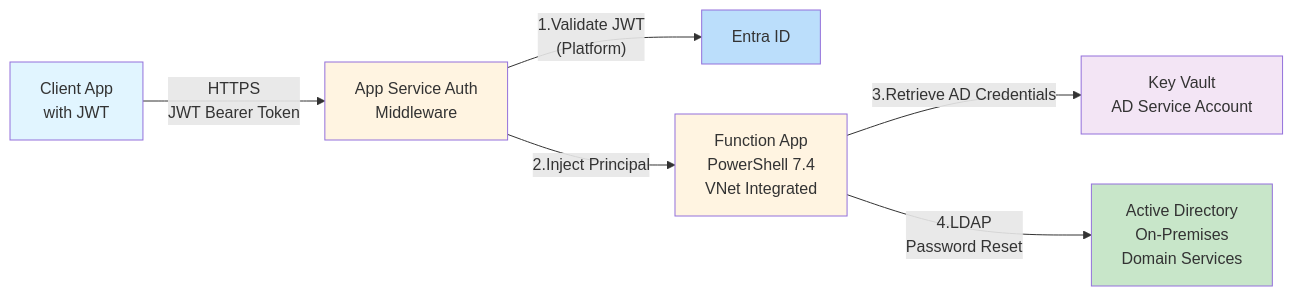
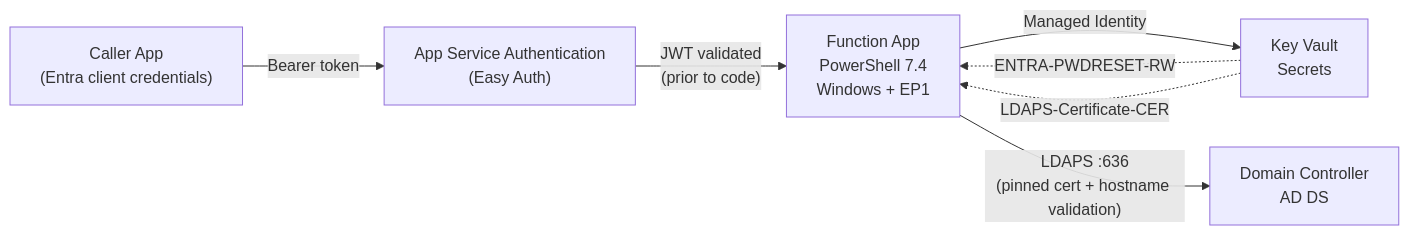
The diagram in project-functionapp-roles/README.md (broberts23/vsCode), drawn with Mermaid before and after one commit. The commit also changed other lines of this file and 1 other file, not shown here.

Commit message:
Refactor README.md for clarity and update architecture details; remove outdated test results file

````diff
--- a/project-functionapp-roles/README.md
+++ b/project-functionapp-roles/README.md
@@ -7,15 +9,10 @@
 ```mermaid
 flowchart LR
-    A["Client App<br>with JWT"] -- HTTPS<br>JWT Bearer Token --> B["App Service Auth<br>Middleware"]
-    B -- "1.Validate JWT<br>(Platform)" --> C["Entra ID"]
-    B -- "2.Inject Principal" --> D["Function App<br>PowerShell 7.4<br>VNet Integrated"]
-    D -- "3.Retrieve AD Credentials" --> E["Key Vault<br>AD Service Account"]
-    D -- "4.LDAP<br>Password Reset" --> F["Active Directory<br>On-Premises<br>Domain Services"]
+    Caller["Caller App\n(Entra client credentials)"] -- "Bearer token" --> EasyAuth["App Service Authentication\n(Easy Auth)"]
+    EasyAuth -- "JWT validated\n(prior to code)" --> FA["Function App\nPowerShell 7.4\nWindows + EP1"]
+    FA -- "Managed Identity" --> KV["Key Vault\nSecrets"]
+    FA -- "LDAPS :636\n(pinned cert + hostname validation)" --> DC["Domain Controller\nAD DS"]
 
-    style A fill:#e1f5ff
-    style B fill:#fff4e1
-    style C fill:#BBDEFB
-    style D fill:#fff4e1
-    style E fill:#f3e5f5
-    style F fill:#C8E6C9
+    KV -.->|"ENTRA-PWDRESET-RW"| FA
+    KV -.->|"LDAPS-Certificate-CER"| FA
 ```
````
